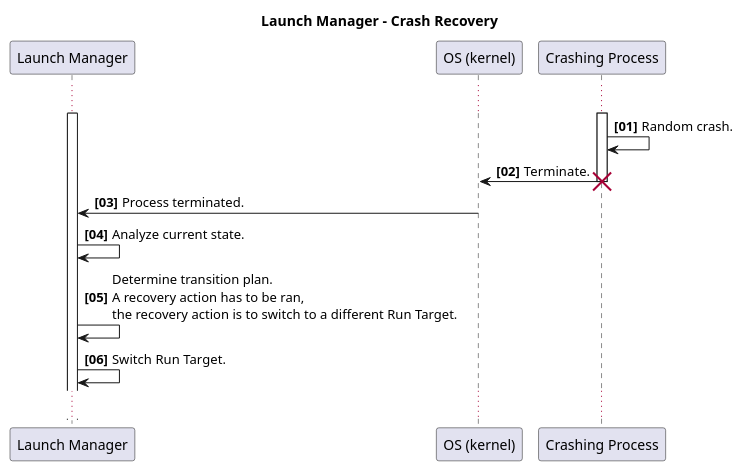
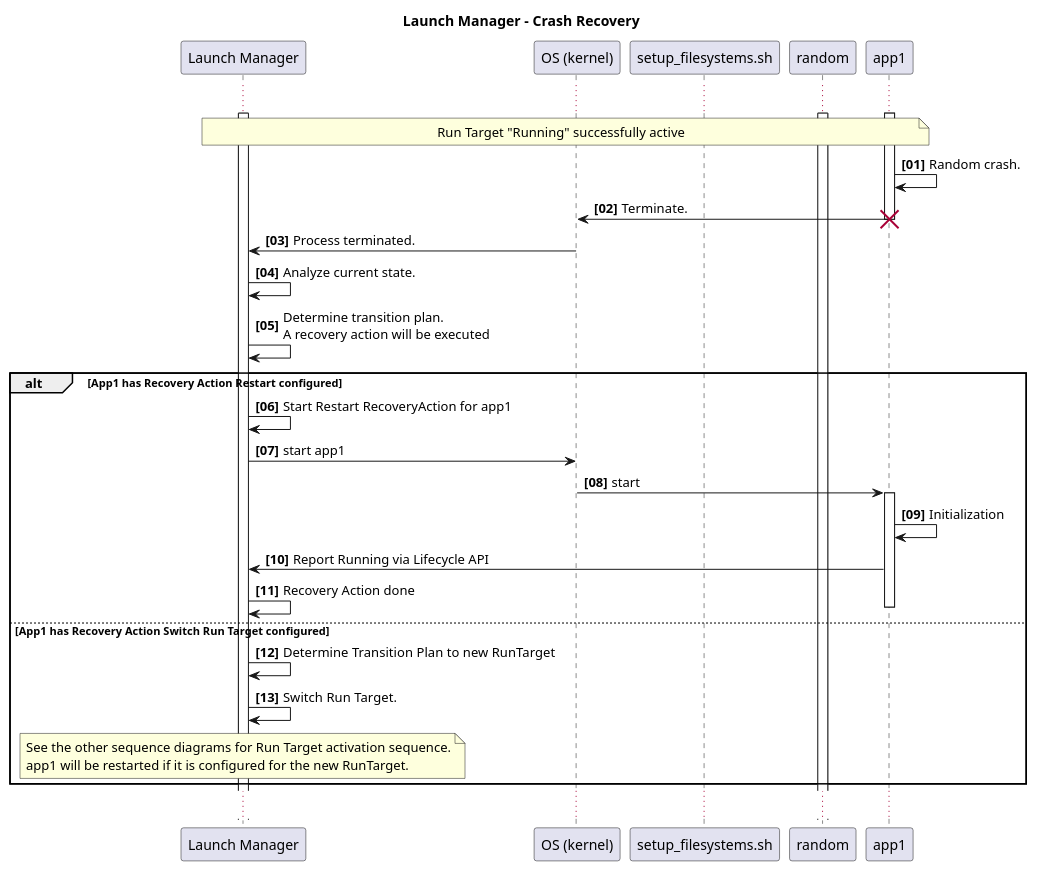
One commit to eclipse-score/lifecycle changed the diagram in docs/features/lifecycle/architecture/_assets/launch_manager_random_crash.puml. Above: the diagram before and after it, drawn with PlantUML. The commit also changed 12 other files, not shown here.

Commit message:
Sequence diagrams update

```diff
--- a/docs/features/lifecycle/architecture/_assets/launch_manager_random_crash.puml
+++ b/docs/features/lifecycle/architecture/_assets/launch_manager_random_crash.puml
@@ -14,28 +14,55 @@
 @startuml
 title Launch Manager - Crash Recovery
 
 autonumber "<b>[00]"
 
 participant "Launch Manager" as LM
 participant "OS (kernel)" as kernel
-participant "Crashing Process" as app1
 
+participant "setup_filesystems.sh" as fs
+participant "random" as ran
+participant "app1" as app1
 
 activate LM
+activate ran
 activate app1
 
 ...
 
+note over LM,app1
+Run Target "Running" successfully active
+end note
 
 app1 -> app1: Random crash.
 app1 -> kernel: Terminate.
 destroy app1
 kernel -> LM: Process terminated.
 
 LM -> LM: Analyze current state.
-LM -> LM: Determine transition plan.\nA recovery action has to be ran,\nthe recovery action is to switch to a different Run Target.
+LM -> LM: Determine transition plan.\nA recovery action will be executed
+
+alt App1 has Recovery Action Restart configured
+
+LM -> LM: Start Restart RecoveryAction for app1
+LM -> kernel: start app1
+kernel -> app1 ++ : start
+app1 -> app1 : Initialization
+app1 -> LM : Report Running via Lifecycle API
+LM -> LM: Recovery Action done
+deactivate app1
+
+else App1 has Recovery Action Switch Run Target configured
+
+LM -> LM: Determine Transition Plan to new RunTarget
 LM -> LM: Switch Run Target.
+
+note over LM
+See the other sequence diagrams for Run Target activation sequence.
+app1 will be restarted if it is configured for the new RunTarget.
+end note
+
+end alt
 
 ...
 
 @enduml
```
